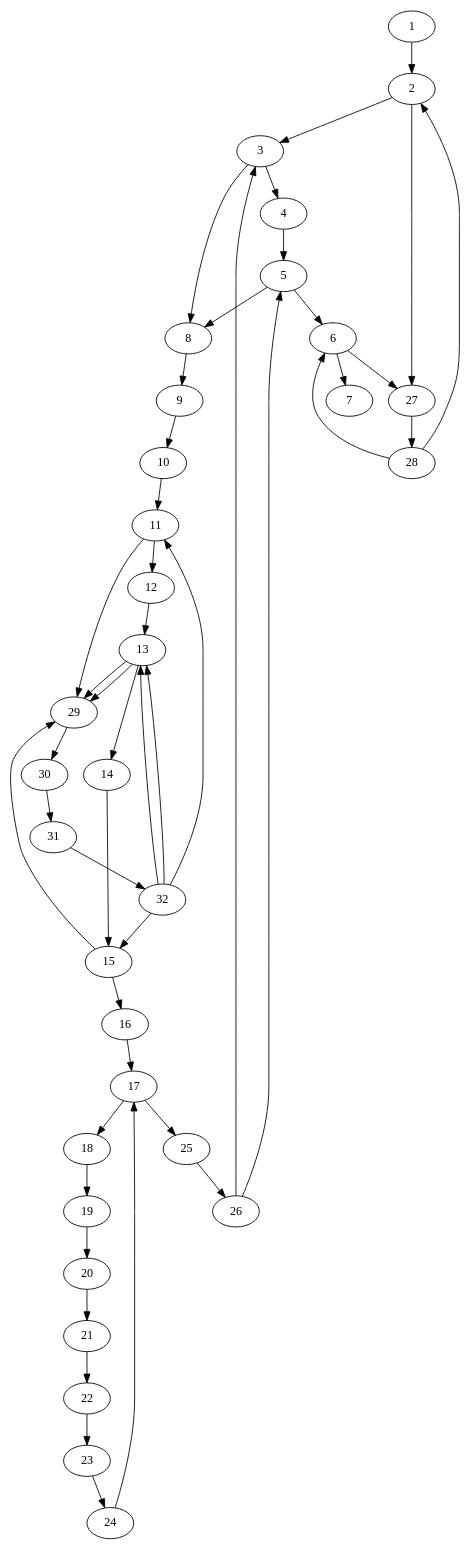
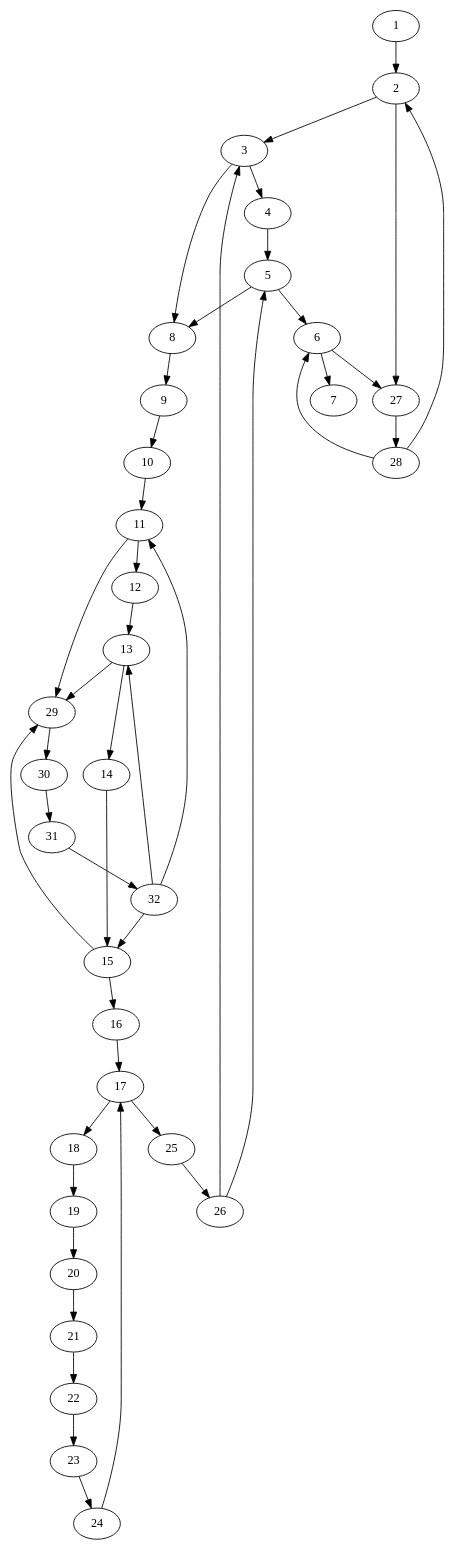
Before and after one commit to Diego77Blaze/gramaticaspl3: the diagram in grafoCompleto.dot, drawn with Graphviz. The commit also changed 5 other files, not shown here.

```diff
--- a/grafoCompleto.dot
+++ b/grafoCompleto.dot
@@ -1,47 +1,45 @@
 digraph grafoCompleto {
 	1->2;
 	2->3;
 	2->27;
 	3->4;
 	3->8;
 	4->5;
 	5->6;
 	5->8;
 	6->7;
 	6->27;
 	8->9;
 	9->10;
 	10->11;
 	11->12;
 	11->29;
 	12->13;
 	13->14;
-	13->29;
 	13->29;
 	14->15;
 	15->16;
 	15->29;
 	16->17;
 	17->18;
 	17->25;
 	18->19;
 	19->20;
 	20->21;
 	21->22;
 	22->23;
 	23->24;
 	24->17;
 	25->26;
 	26->3;
 	26->5;
 	27->28;
 	28->2;
 	28->6;
 	29->30;
 	30->31;
 	31->32;
 	32->11;
 	32->13;
-	32->13;
 	32->15;
 	}
```
